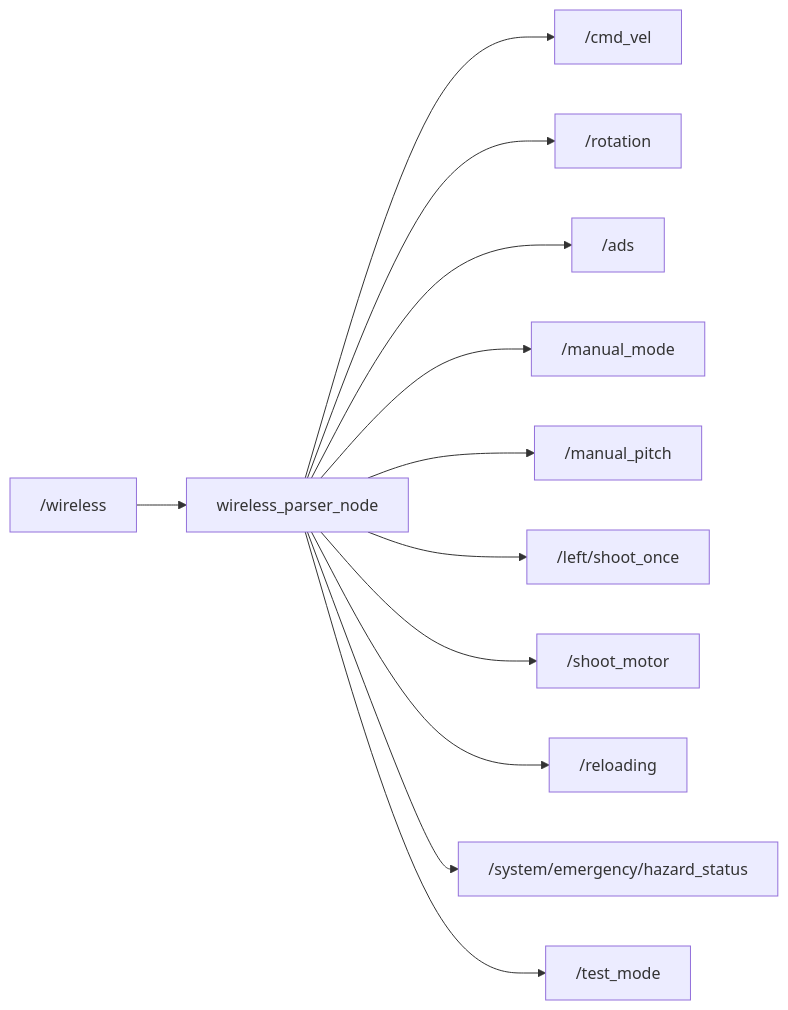
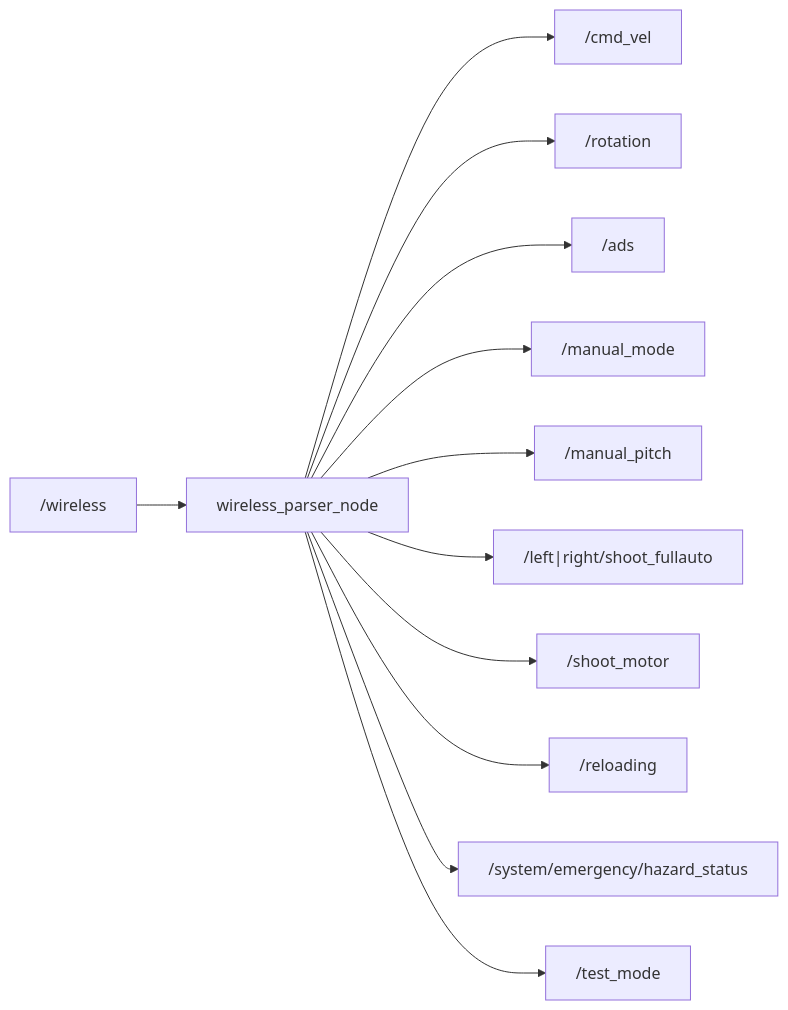
One commit to team-continue/core2026 changed the diagram in docs/packages/core_ros_player_controller.md. Above: the diagram before and after it, drawn with Mermaid. The commit also changed other lines of this file and 5 other files, not shown here.

````diff
--- a/docs/packages/core_ros_player_controller.md
+++ b/docs/packages/core_ros_player_controller.md
@@ -9,14 +9,14 @@
 ```mermaid
 graph LR
     Wireless["/wireless"] --> WP["wireless_parser_node"]
     WP --> CmdVel["/cmd_vel"]
     WP --> Rotation["/rotation"]
     WP --> ADS["/ads"]
     WP --> Manual["/manual_mode"]
     WP --> Pitch["/manual_pitch"]
-    WP --> Shoot["/left/shoot_once"]
+    WP --> Shoot["/left|right/shoot_fullauto"]
     WP --> Motor["/shoot_motor"]
     WP --> Reload["/reloading"]
     WP --> Hazard["/system/emergency/hazard_status"]
     WP --> TestMode["/test_mode"]
 ```
````
